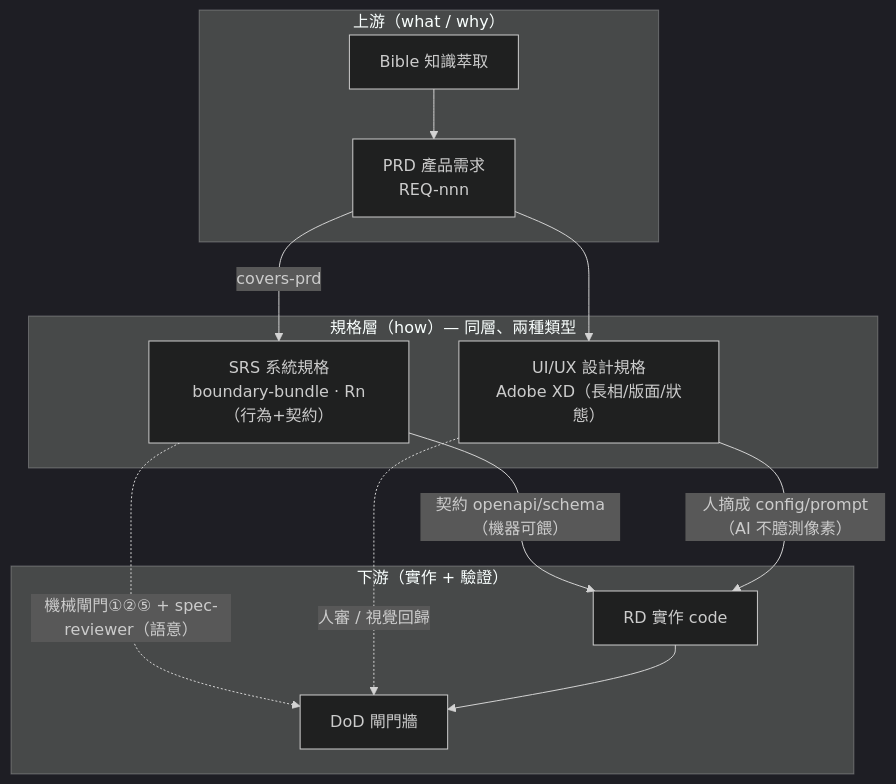
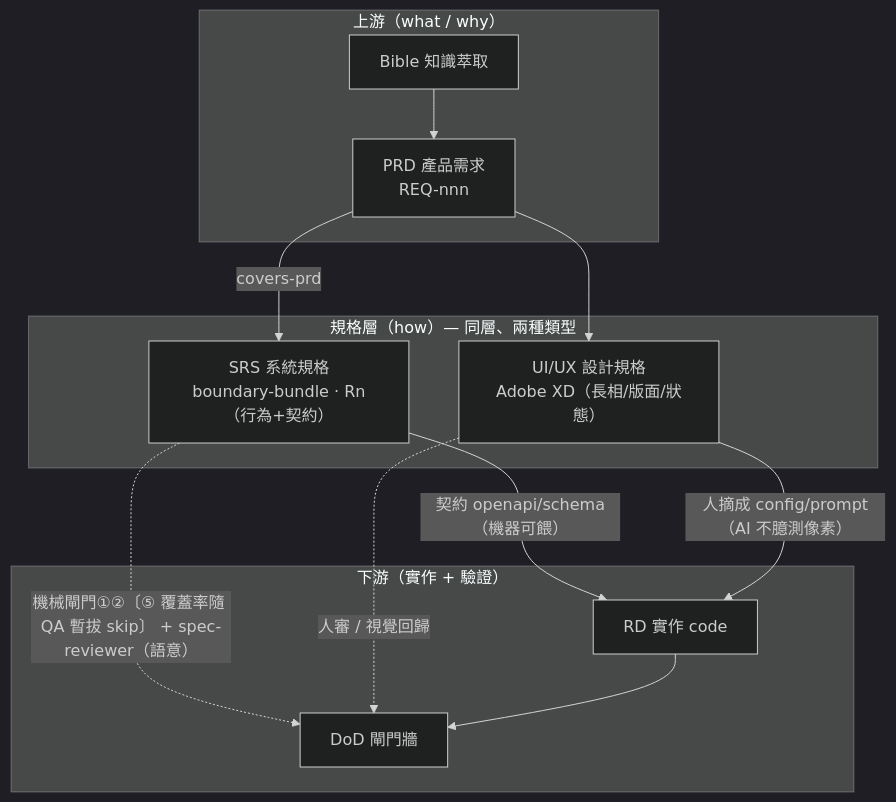
Before and after one commit to Gary-GaGa/legacy-codebase: the first of 2 diagrams in docs/spec-architecture.md, drawn with Mermaid (dark theme). The commit also changed other lines of this file and 7 other files, not shown here.

````diff
--- a/docs/spec-architecture.md
+++ b/docs/spec-architecture.md
@@ -17,23 +17,23 @@
 ```mermaid
 flowchart TB
   subgraph UP["上游（what / why）"]
     Bible["Bible 知識萃取"]
     PRD["PRD 產品需求<br/>REQ-nnn"]
   end
   subgraph MID["規格層（how）— 同層、兩種類型"]
     SRS["SRS 系統規格<br/>boundary-bundle · Rn（行為+契約）"]
     XD["UI/UX 設計規格<br/>Adobe XD（長相/版面/狀態）"]
   end
   subgraph DOWN["下游（實作 + 驗證）"]
     Code["RD 實作 code"]
     Gate["DoD 閘門牆"]
   end
   Bible --> PRD
   PRD -->|"covers-prd"| SRS
   PRD --> XD
   SRS -->|"契約 openapi/schema（機器可餵）"| Code
   XD -->|"人摘成 config/prompt（AI 不臆測像素）"| Code
-  SRS -.->|"機械閘門①②⑤ + spec-reviewer（語意）"| Gate
+  SRS -.->|"機械閘門①②〔⑤ 覆蓋率隨 QA 暫拔 skip〕 + spec-reviewer（語意）"| Gate
   XD -.->|"人審 / 視覺回歸"| Gate
   Code --> Gate
 ```
````
